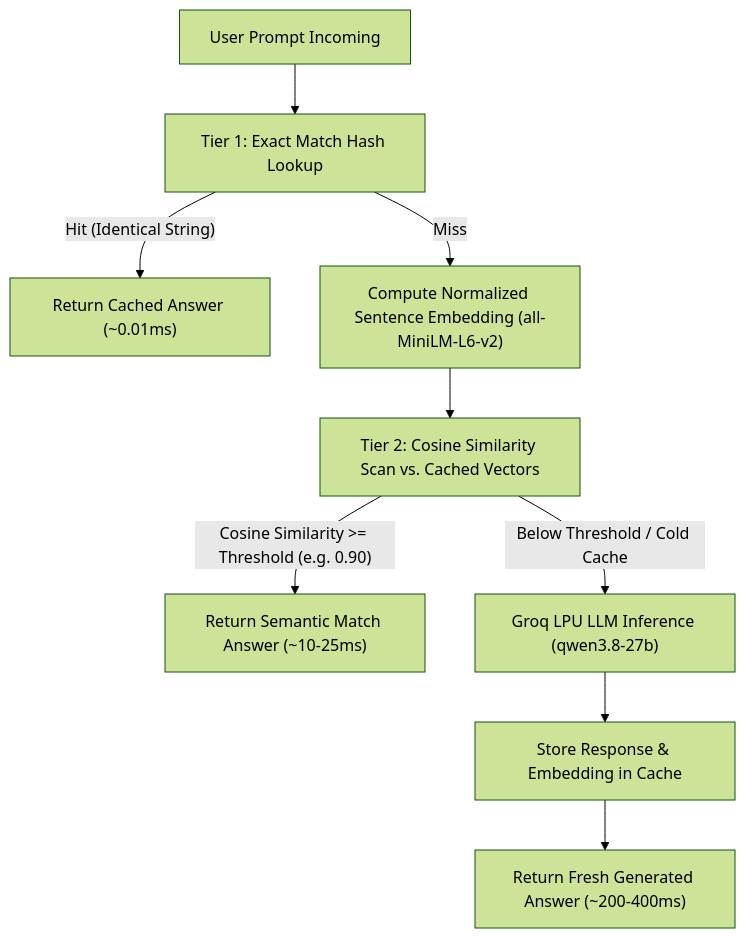
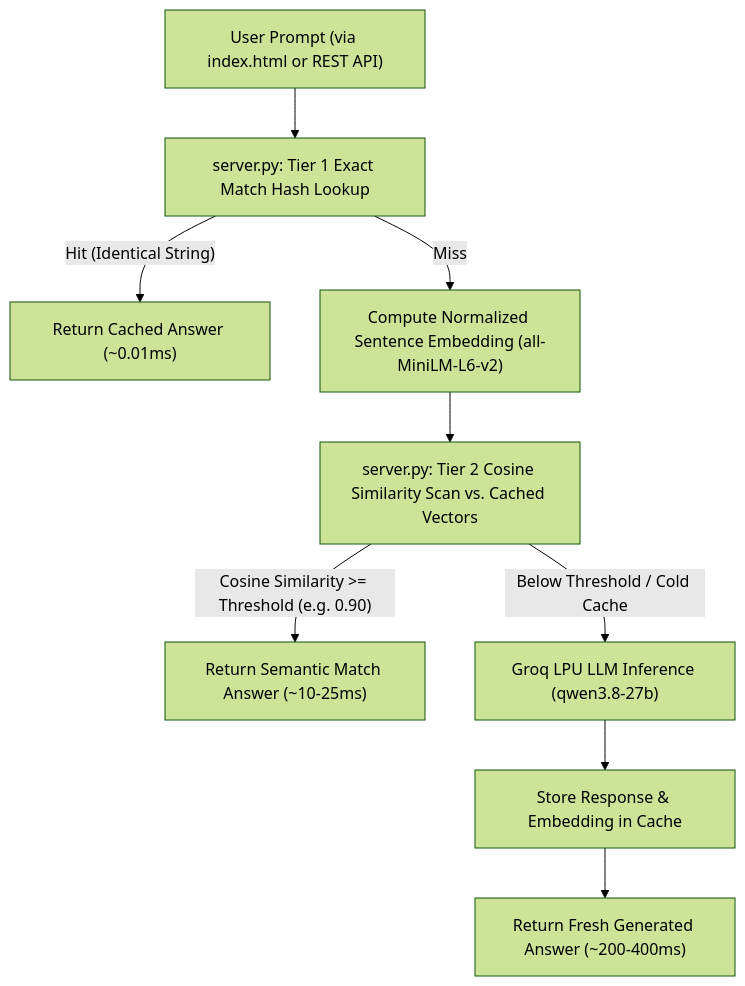
The first of 2 diagrams in README.md (shrimantved-sys/Semantic-Caching), drawn with Mermaid (forest theme) before and after one commit. The commit also changed other lines of this file and 5 other files, not shown here.

````diff
--- a/README.md
+++ b/README.md
@@ -29,11 +32,11 @@
 ```mermaid
 flowchart TD
-    A["User Prompt Incoming"] --> B["Tier 1: Exact Match Hash Lookup"]
+    A["User Prompt (via index.html or REST API)"] --> B["server.py: Tier 1 Exact Match Hash Lookup"]
     B -- "Hit (Identical String)" --> C["Return Cached Answer (~0.01ms)"]
     B -- "Miss" --> D["Compute Normalized Sentence Embedding (all-MiniLM-L6-v2)"]
-    D --> E["Tier 2: Cosine Similarity Scan vs. Cached Vectors"]
+    D --> E["server.py: Tier 2 Cosine Similarity Scan vs. Cached Vectors"]
     E -- "Cosine Similarity >= Threshold (e.g. 0.90)" --> F["Return Semantic Match Answer (~10-25ms)"]
     E -- "Below Threshold / Cold Cache" --> G["Groq LPU LLM Inference (qwen3.8-27b)"]
     G --> H["Store Response & Embedding in Cache"]
     H --> I["Return Fresh Generated Answer (~200-400ms)"]
 ```
````
